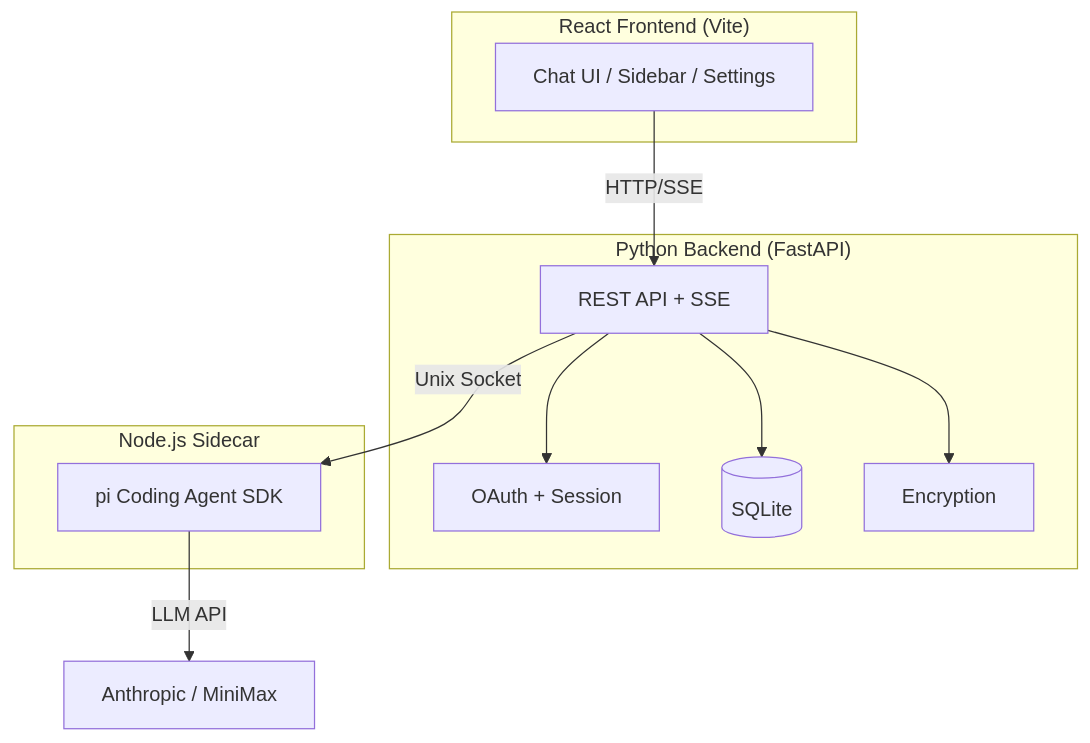
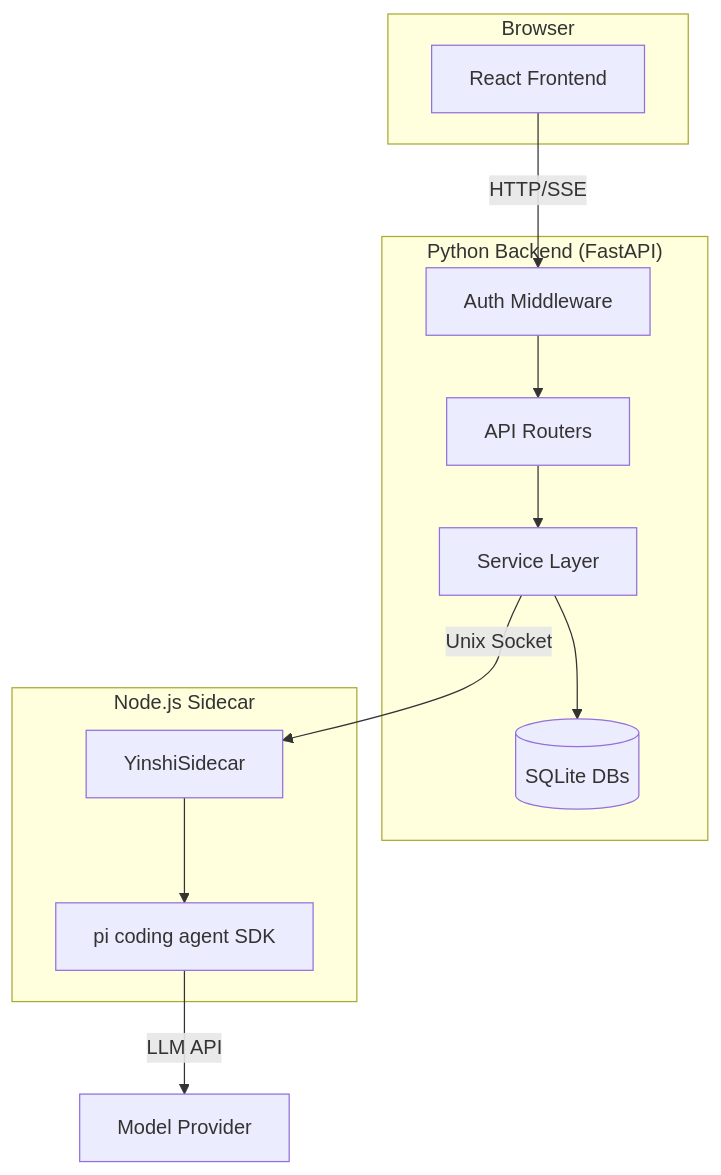
Before and after one commit to codyborders/yinshi: the first of 6 diagrams in lit/yinshi.lit.md, drawn with Mermaid. The commit also changed other lines of this file and 3 other files, not shown here.

````diff
--- a/lit/yinshi.lit.md
+++ b/lit/yinshi.lit.md
@@ -18,24 +20,26 @@
 ```mermaid
 graph TD
-  subgraph Frontend["React Frontend (Vite)"]
-    UI[Chat UI / Sidebar / Settings]
-  end
+    subgraph Browser
+        FE[React Frontend]
+    end
 
-  subgraph Backend["Python Backend (FastAPI)"]
-    API[REST API + SSE]
-    Auth[OAuth + Session]
-    DB[(SQLite)]
-    Crypto[Encryption]
-  end
+    subgraph Backend ["Python Backend (FastAPI)"]
+        AUTH[Auth Middleware]
+        API[API Routers]
+        SVC[Service Layer]
+        DB[(SQLite DBs)]
+    end
 
-  subgraph Sidecar["Node.js Sidecar"]
-    PI[pi Coding Agent SDK]
-  end
+    subgraph Sidecar ["Node.js Sidecar"]
+        SC[YinshiSidecar]
+        PI[pi coding agent SDK]
+    end
 
-  UI -->|HTTP/SSE| API
-  API --> Auth
-  API --> DB
-  API --> Crypto
-  API -->|Unix Socket| PI
-  PI -->|LLM API| LLM[Anthropic / MiniMax]
+    FE -->|HTTP/SSE| AUTH
+    AUTH --> API
+    API --> SVC
+    SVC --> DB
+    SVC -->|Unix Socket| SC
+    SC --> PI
+    PI -->|LLM API| LLM[Model Provider]
 ```
````
